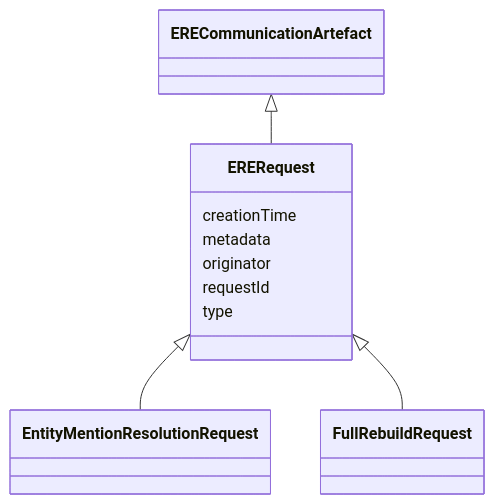
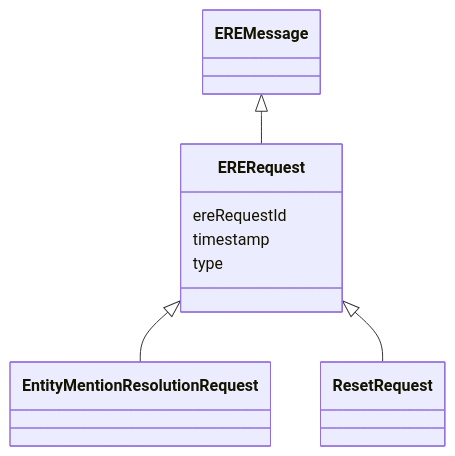
The diagram in docs/schema/ERERequest.md (OP-TED/entity-resolution-spec), drawn with Mermaid before and after one commit. The commit also changed other lines of this file and 41 other files, not shown here.

Commit message:
feat: introduce the LinkML schema based on recent discussions

````diff
--- a/docs/schema/ERERequest.md
+++ b/docs/schema/ERERequest.md
@@ -22,26 +22,22 @@
 ```mermaid
  classDiagram
     class ERERequest
     click ERERequest href "../ERERequest/"
-      ERECommunicationArtefact <|-- ERERequest
-        click ERECommunicationArtefact href "../ERECommunicationArtefact/"
+      EREMessage <|-- ERERequest
+        click EREMessage href "../EREMessage/"
       
 
       ERERequest <|-- EntityMentionResolutionRequest
         click EntityMentionResolutionRequest href "../EntityMentionResolutionRequest/"
-      ERERequest <|-- FullRebuildRequest
-        click FullRebuildRequest href "../FullRebuildRequest/"
+      ERERequest <|-- ResetRequest
+        click ResetRequest href "../ResetRequest/"
       
 
-      ERERequest : creationTime
+      ERERequest : ereRequestId
         
-      ERERequest : metadata
-        
-      ERERequest : originator
-        
-      ERERequest : requestId
+      ERERequest : timestamp
         
       ERERequest : type
         
       
 ```
````
